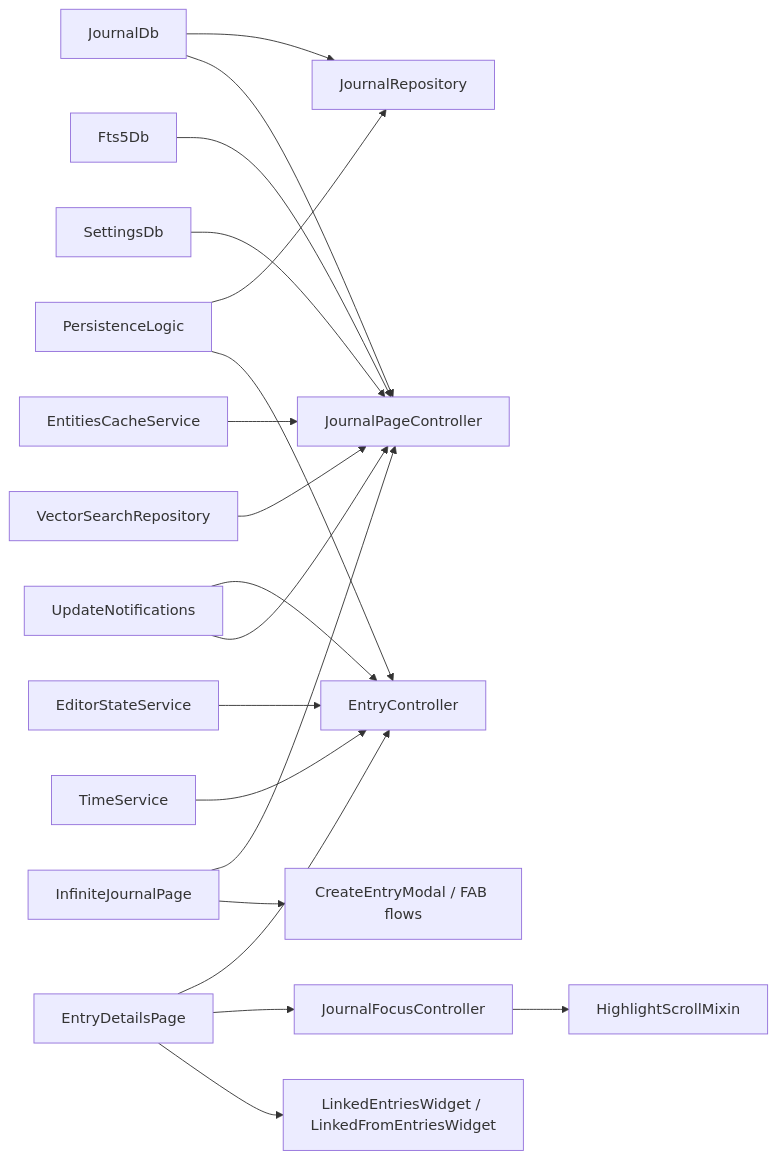
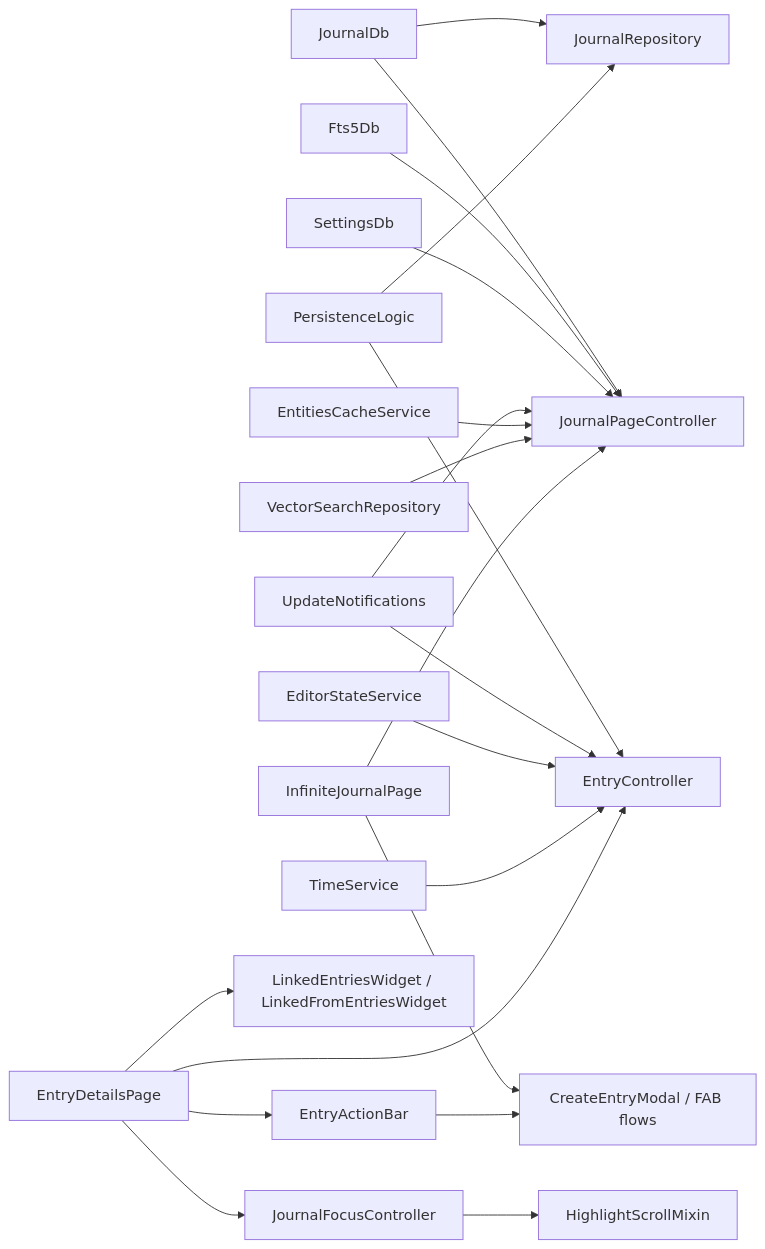
One commit to matthiasn/lotti changed the first of 2 diagrams in knowledge/features/journal/overview.md. Above: the diagram before and after it, drawn with Mermaid. The commit also changed other lines of this file and 48 other files, not shown here.

Commit message:
feat(journal): dock a glass action bar on an entry's page instead of the floating button

````diff
--- a/knowledge/features/journal/overview.md
+++ b/knowledge/features/journal/overview.md
@@ -35,23 +35,25 @@
 ```mermaid
 flowchart LR
   DB["JournalDb"] --> Repo["JournalRepository"]
   DB --> PageCtl["JournalPageController"]
   FTS["Fts5Db"] --> PageCtl
   Settings["SettingsDb"] --> PageCtl
   Persist["PersistenceLogic"] --> Repo
   Persist --> EntryCtl["EntryController"]
   Notify["UpdateNotifications"] --> EntryCtl
   Notify --> PageCtl
   Editor["EditorStateService"] --> EntryCtl
   Time["TimeService"] --> EntryCtl
   Cache["EntitiesCacheService"] --> PageCtl
   Vector["VectorSearchRepository"] --> PageCtl
 
   Detail["EntryDetailsPage"] --> EntryCtl
   Detail --> Focus["JournalFocusController"]
   Focus --> Highlight["HighlightScrollMixin"]
   Detail --> Linked["LinkedEntriesWidget / LinkedFromEntriesWidget"]
 
   Browse["InfiniteJournalPage"] --> PageCtl
   Browse --> Create["CreateEntryModal / FAB flows"]
+  Detail --> Bar["EntryActionBar"]
+  Bar --> Create
 ```
````
